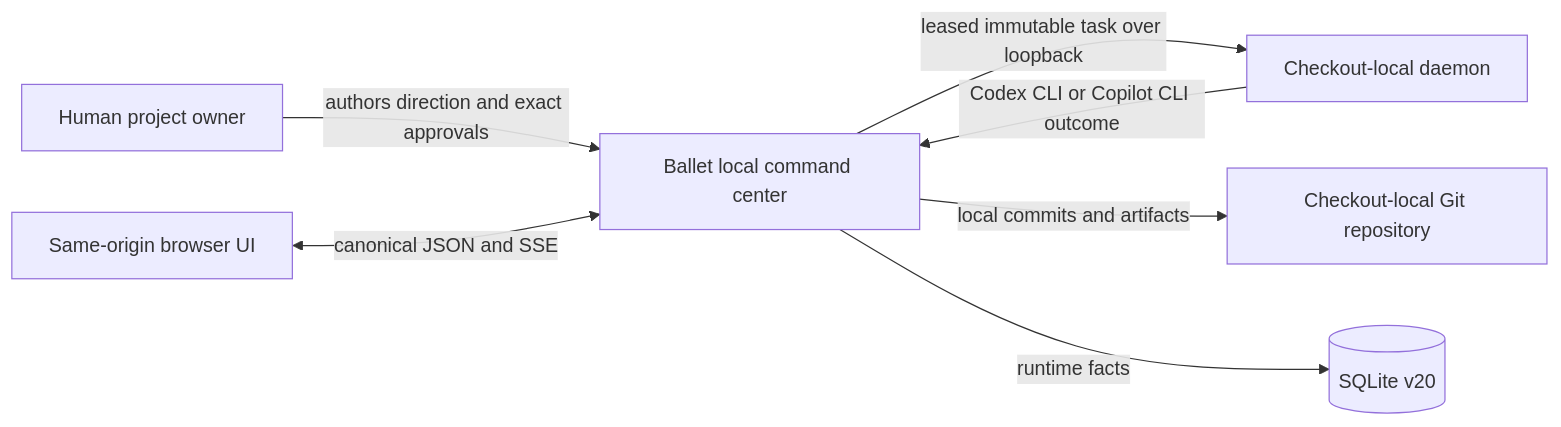
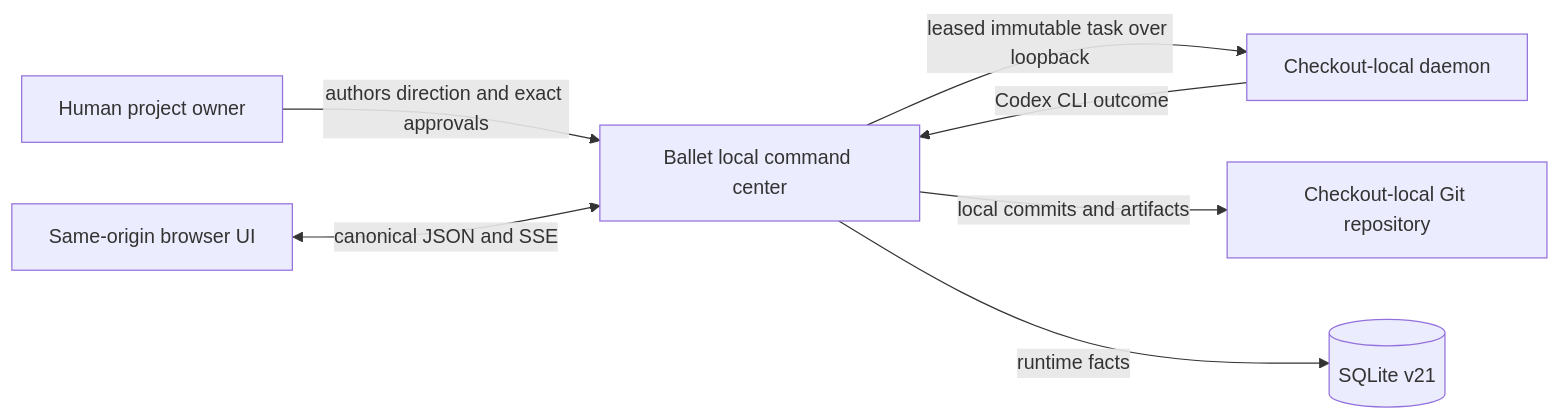
The first of 6 diagrams in ARCHITECTURE.md (isinisalo/ballet), drawn with Mermaid before and after one commit. The commit also changed other lines of this file and 135 other files, not shown here.

````diff
--- a/ARCHITECTURE.md
+++ b/ARCHITECTURE.md
@@ -34,9 +34,9 @@
 ```mermaid
 flowchart LR
   Human[Human project owner] -->|authors direction and exact approvals| Ballet[Ballet local command center]
   Ballet -->|leased immutable task over loopback| Daemon[Checkout-local daemon]
-  Daemon -->|Codex CLI or Copilot CLI outcome| Ballet
+  Daemon -->|Codex CLI outcome| Ballet
   Ballet -->|local commits and artifacts| Git[Checkout-local Git repository]
-  Ballet -->|runtime facts| DB[(SQLite v20)]
+  Ballet -->|runtime facts| DB[(SQLite v21)]
   Browser[Same-origin browser UI] <-->|canonical JSON and SSE| Ballet
 ```
````
